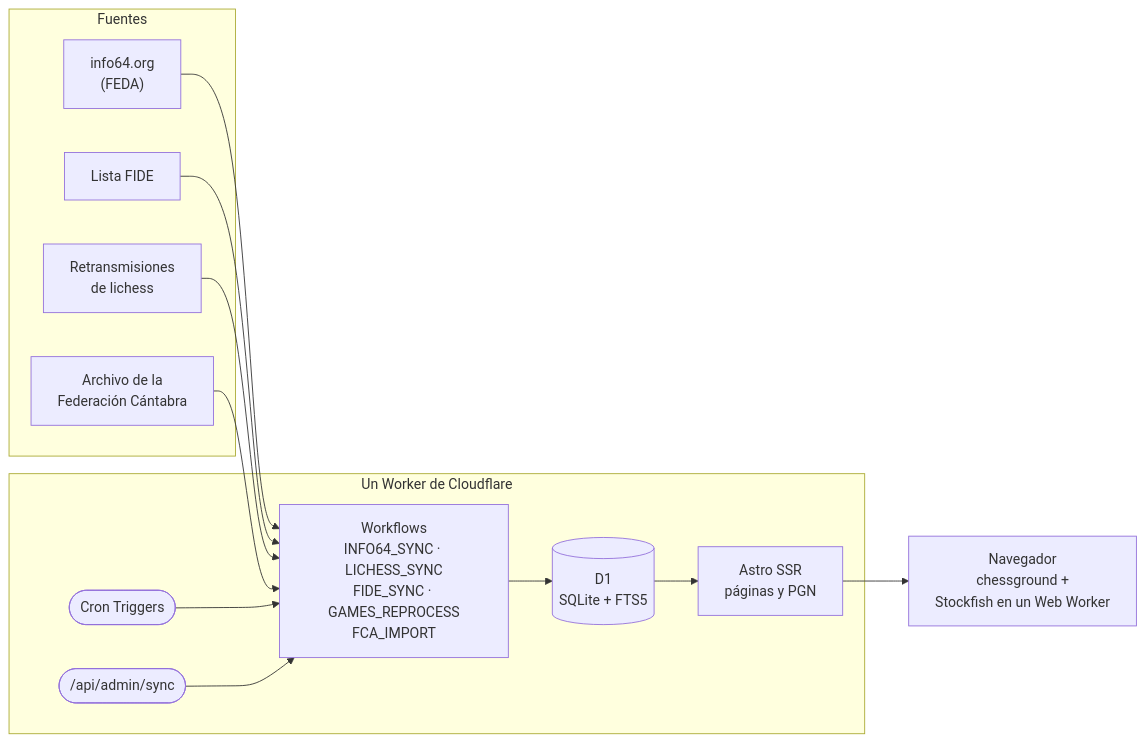
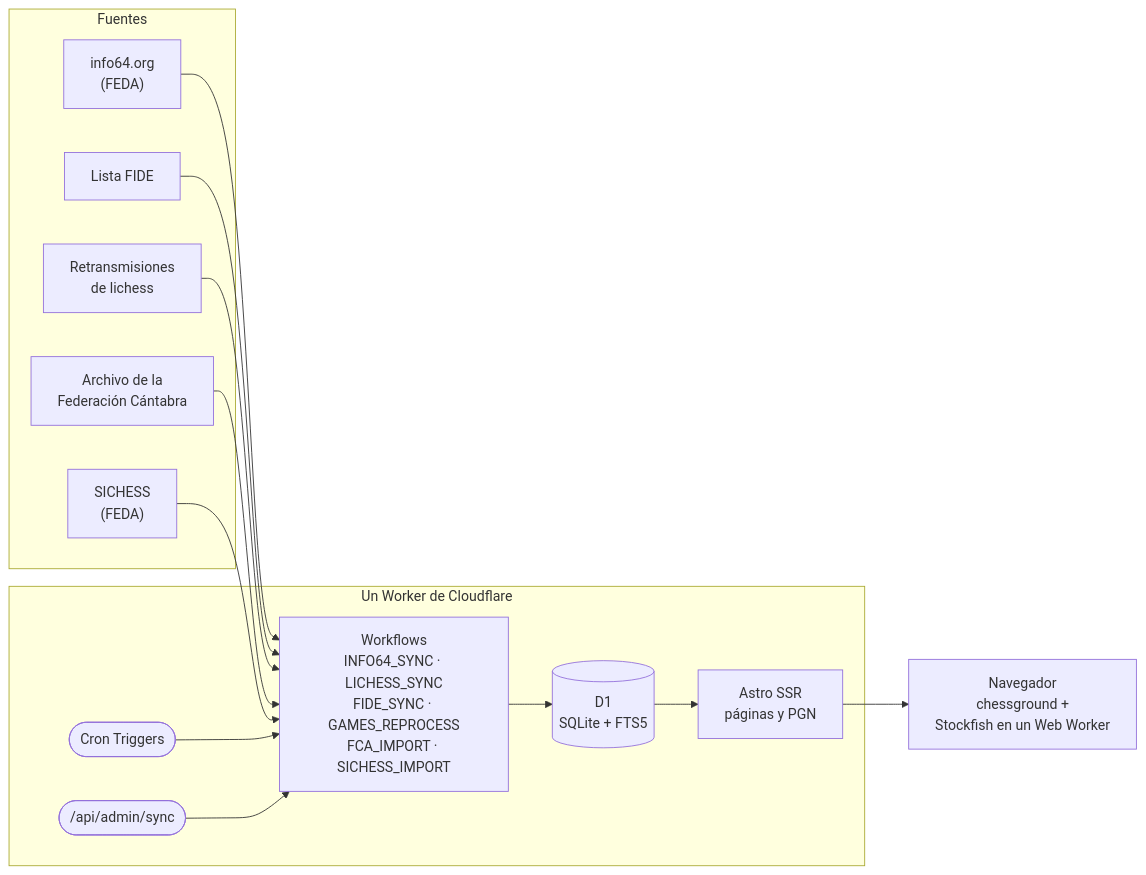
One commit to jorgeabf/maplechess changed the diagram in README.md. Above: the diagram before and after it, drawn with Mermaid. The commit also changed other lines of this file and 18 other files, not shown here.

````diff
--- a/README.md
+++ b/README.md
@@ -121,29 +121,31 @@
 ```mermaid
 flowchart LR
   subgraph fuentes["Fuentes"]
     info64["info64.org<br/>(FEDA)"]
     fide["Lista FIDE"]
     lichess["Retransmisiones<br/>de lichess"]
     fca["Archivo de la<br/>Federación Cántabra"]
+    sichess["SICHESS<br/>(FEDA)"]
   end
 
   subgraph cloudflare["Un Worker de Cloudflare"]
     cron(["Cron Triggers"])
     admin(["/api/admin/sync"])
-    workflows["Workflows<br/>INFO64_SYNC · LICHESS_SYNC<br/>FIDE_SYNC · GAMES_REPROCESS<br/>FCA_IMPORT"]
+    workflows["Workflows<br/>INFO64_SYNC · LICHESS_SYNC<br/>FIDE_SYNC · GAMES_REPROCESS<br/>FCA_IMPORT · SICHESS_IMPORT"]
     d1[("D1<br/>SQLite + FTS5")]
     astro["Astro SSR<br/>páginas y PGN"]
   end
 
   navegador["Navegador<br/>chessground +<br/>Stockfish en un Web Worker"]
 
   info64 --> workflows
   fide --> workflows
   lichess --> workflows
   fca --> workflows
+  sichess --> workflows
   cron --> workflows
   admin --> workflows
   workflows --> d1
   d1 --> astro
   astro --> navegador
 ```
````
